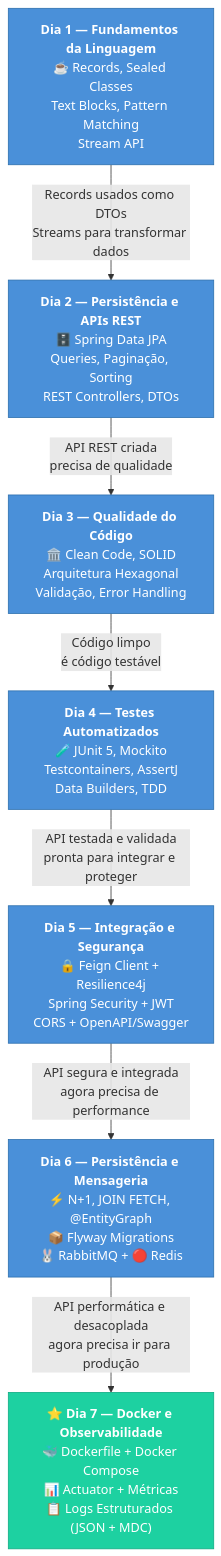
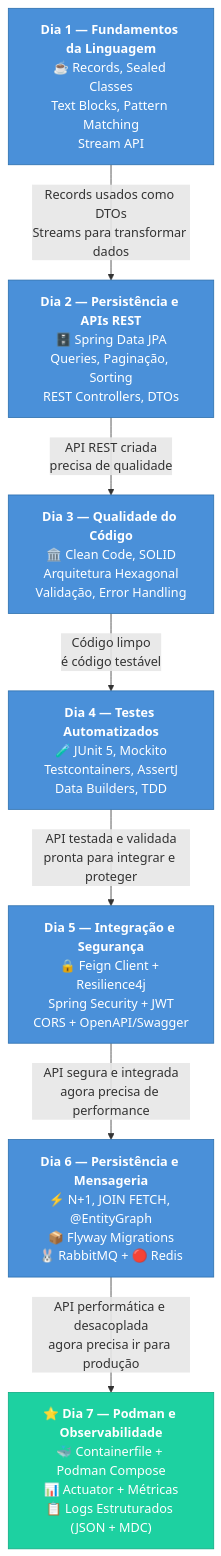
Before and after one commit to deusemarjunior/trein-java-intermed: the first of 2 diagrams in dia-07/slide-01.md, drawn with Mermaid. The commit also changed other lines of this file and 100 other files, not shown here.

Commit message:
removendo docker adicionando podman

````diff
--- a/dia-07/slide-01.md
+++ b/dia-07/slide-01.md
@@ -35,36 +35,36 @@
 ```mermaid
 flowchart TD
     D1["<b>Dia 1 — Fundamentos da Linguagem</b><br/>☕ Records, Sealed Classes<br/>Text Blocks, Pattern Matching<br/>Stream API"]
 
     D1 -->|"Records usados como DTOs<br/>Streams para transformar dados"| D2
 
     D2["<b>Dia 2 — Persistência e APIs REST</b><br/>🗄️ Spring Data JPA<br/>Queries, Paginação, Sorting<br/>REST Controllers, DTOs"]
 
     D2 -->|"API REST criada<br/>precisa de qualidade"| D3
 
     D3["<b>Dia 3 — Qualidade do Código</b><br/>🏛️ Clean Code, SOLID<br/>Arquitetura Hexagonal<br/>Validação, Error Handling"]
 
     D3 -->|"Código limpo<br/>é código testável"| D4
 
     D4["<b>Dia 4 — Testes Automatizados</b><br/>🧪 JUnit 5, Mockito<br/>Testcontainers, AssertJ<br/>Data Builders, TDD"]
 
     D4 -->|"API testada e validada<br/>pronta para integrar e proteger"| D5
 
     D5["<b>Dia 5 — Integração e Segurança</b><br/>🔒 Feign Client + Resilience4j<br/>Spring Security + JWT<br/>CORS + OpenAPI/Swagger"]
 
     D5 -->|"API segura e integrada<br/>agora precisa de performance"| D6
 
     D6["<b>Dia 6 — Persistência e Mensageria</b><br/>⚡ N+1, JOIN FETCH, @EntityGraph<br/>📦 Flyway Migrations<br/>🐰 RabbitMQ + 🔴 Redis"]
 
     D6 -->|"API performática e desacoplada<br/>agora precisa ir para produção"| D7
 
-    D7["<b>⭐ Dia 7 — Docker e Observabilidade</b><br/>🐳 Dockerfile + Docker Compose<br/>📊 Actuator + Métricas<br/>📋 Logs Estruturados (JSON + MDC)"]
+    D7["<b>⭐ Dia 7 — Podman e Observabilidade</b><br/>🐳 Containerfile + Podman Compose<br/>📊 Actuator + Métricas<br/>📋 Logs Estruturados (JSON + MDC)"]
 
     style D1 fill:#4a90d9,color:#fff,stroke:#2c6fad
     style D2 fill:#4a90d9,color:#fff,stroke:#2c6fad
     style D3 fill:#4a90d9,color:#fff,stroke:#2c6fad
     style D4 fill:#4a90d9,color:#fff,stroke:#2c6fad
     style D5 fill:#4a90d9,color:#fff,stroke:#2c6fad
     style D6 fill:#4a90d9,color:#fff,stroke:#2c6fad
     style D7 fill:#1dd1a1,color:#fff,stroke:#10ac84
 ```
````
